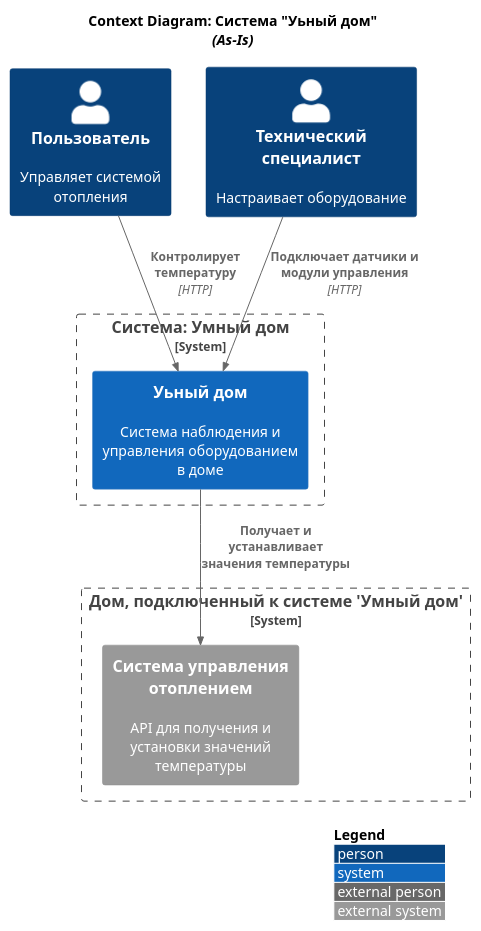
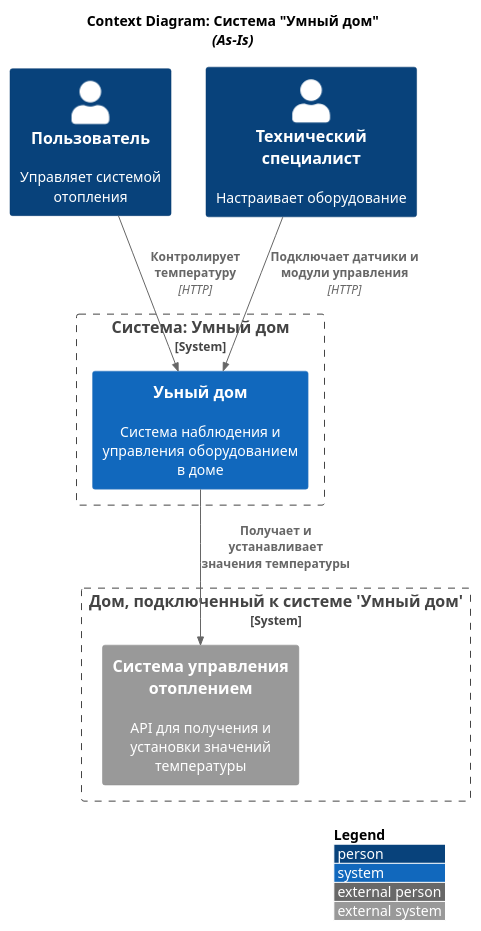
The diagram in schemas/C4/context/as_is.puml (zergnk/architecture-pro-warmhouse), drawn with PlantUML before and after one commit.

Commit message:
as_is.puml diagram: changed title.

```diff
--- a/schemas/C4/context/as_is.puml
+++ b/schemas/C4/context/as_is.puml
@@ -1,28 +1,28 @@
 @startuml
 title
-    Context Diagram: Система "Уьный дом"
+    Context Diagram: Система "Умный дом"
     <i>(As-Is)</i>
 end title
 
 top to bottom direction
 
 !include <C4/C4_Context.puml>
 
 LAYOUT_WITH_LEGEND()
 
 Person(user, "Пользователь", "Управляет системой отопления")
 Person(technical_specialist, "Технический специалист", "Настрaивает оборудование")
 
 System_Boundary(smart_house_boundary, "Система: Умный дом") {
     System(smart_house, "Уьный дом", "Система наблюдения и управления оборудованием в доме")
 }
 
 System_Boundary(external_house_boundary, "Дом, подключенный к системе 'Умный дом'") {
     System_Ext(heating_system, "Система управления отоплением", "API для получения и установки значений температуры")
 }
 
 Rel(user, smart_house, "Контролирует температуру", "HTTP")
 Rel(technical_specialist, smart_house, "Подключает датчики и модули управления", "HTTP")
 Rel(smart_house, heating_system,"Получает и устанавливает значения температуры")
 
 @enduml
```
